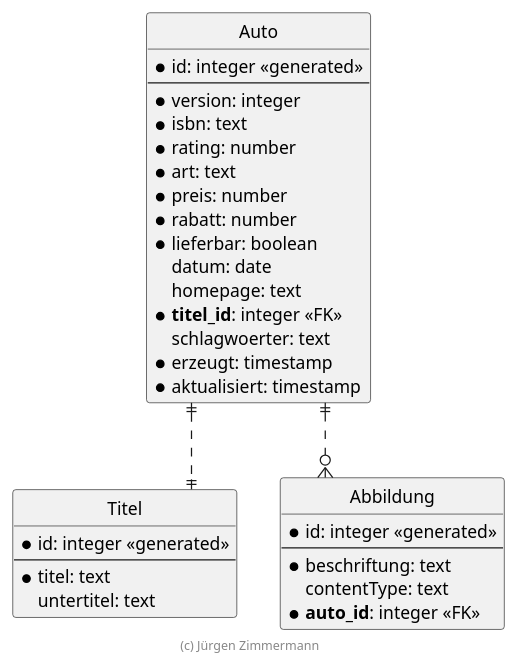
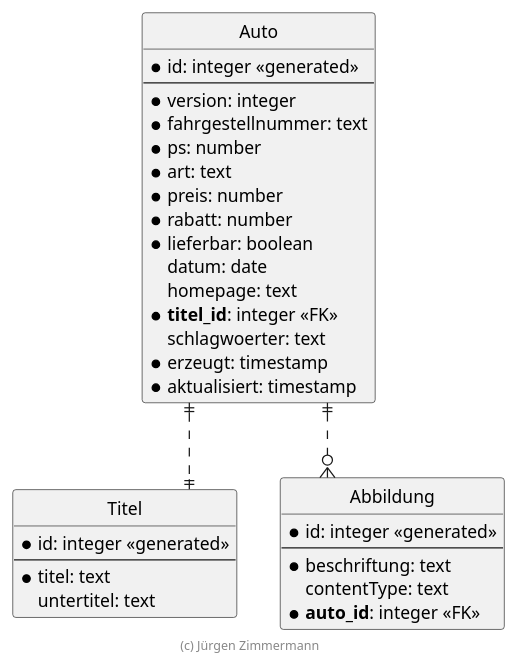
Before and after one commit to dominikwipfler/swe: the diagram in .extras/doc/projekthandbuch/ER-Diagramm.plantuml, drawn with PlantUML. The commit also changed 41 other files, not shown here.

Commit message:
Attribute angepasst (isbn -> fahrgestellnummer, rating -> ps, titel -> modell)

```diff
--- a/.extras/doc/projekthandbuch/ER-Diagramm.plantuml
+++ b/.extras/doc/projekthandbuch/ER-Diagramm.plantuml
@@ -18,47 +18,47 @@
 @startuml ER Diagramm
 
 ' hide the spot
 hide circle
 
 ' evtl. Prbleme mit Kraehenfuessen vermeiden
 skinparam linetype ortho
 
 entity "Auto" {
   * id: integer <<generated>>
   --
   * version: integer
-  * isbn: text
-  * rating: number
+  * fahrgestellnummer: text
+  * ps: number
   * art: text
   * preis: number
   * rabatt: number
   * lieferbar: boolean
     datum: date
     homepage: text
   * **titel_id**: integer <<FK>>
     schlagwoerter: text
   * erzeugt: timestamp
   * aktualisiert: timestamp
 }
 
 entity "Titel" {
   * id: integer <<generated>>
   --
   * titel: text
     untertitel: text
 }
 
 entity "Abbildung" {
   * id: integer <<generated>>
   --
   * beschriftung: text
     contentType: text
   * **auto_id**: integer <<FK>>
 }
 
 Auto ||..|| Titel
 Auto ||..o{ Abbildung
 
 footer (c) Jürgen Zimmermann
 
 @enduml
```
